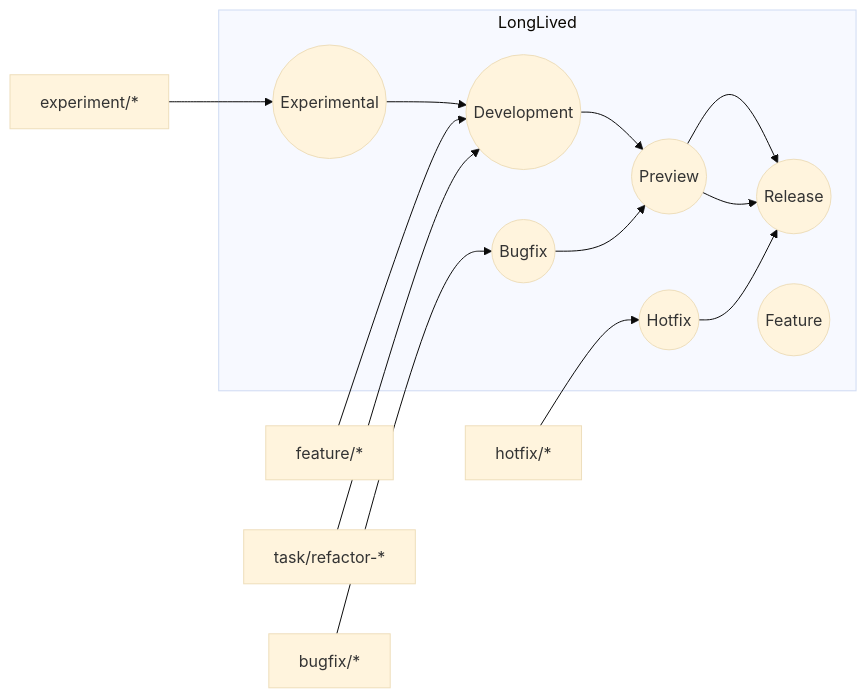
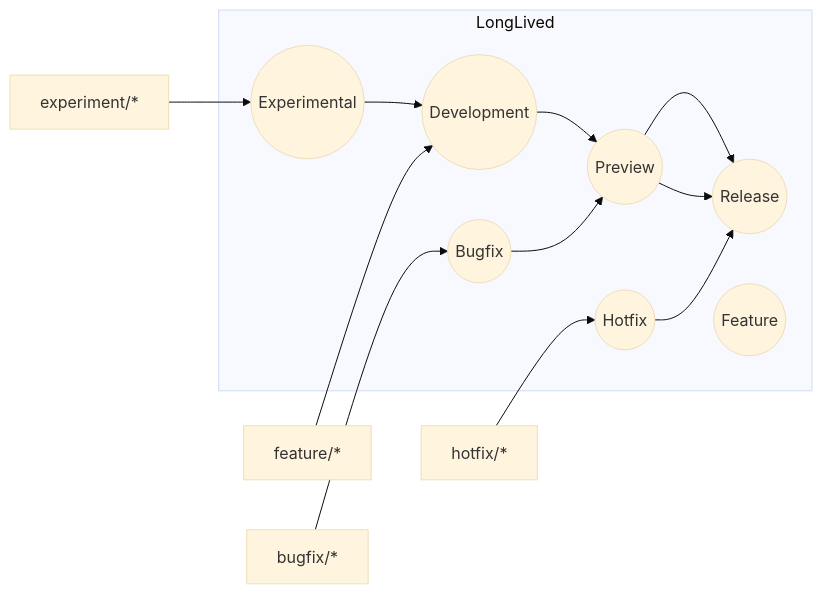
Before and after one commit to tannergolden/Reference-Repository: the diagram in README.md, drawn with Mermaid (base theme).

Commit message:
docs(workflow): remove `task/refactor-*` from flow-of-code diagram
We’re simplifying temporary branch types by removing the `task/refactor-*` lane from the “Flow of Code” diagram and related narrative.

````diff
--- a/README.md
+++ b/README.md
@@ -244,19 +244,18 @@
 ```mermaid
 flowchart LR
   subgraph LongLived
     Release((Release))
     Preview((Preview))
     Development((Development))
     FeatureBase((Feature))
     BugfixBase((Bugfix))
     HotfixBase((Hotfix))
     ExperimentalBase((Experimental))
   end
 
   featureB[feature/*] --> Development
-  taskB[task/refactor-*] --> Development
   experimentB[experiment/*] --> ExperimentalBase --> Development
   bugfixB[bugfix/*] --> BugfixBase --> Preview --> Release
   hotfixB[hotfix/*] --> HotfixBase --> Release
   Development --> Preview --> Release
 ```
````
